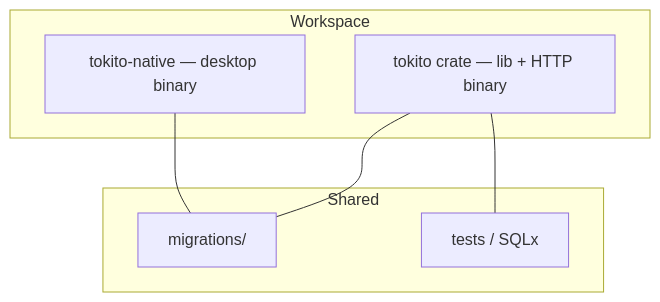
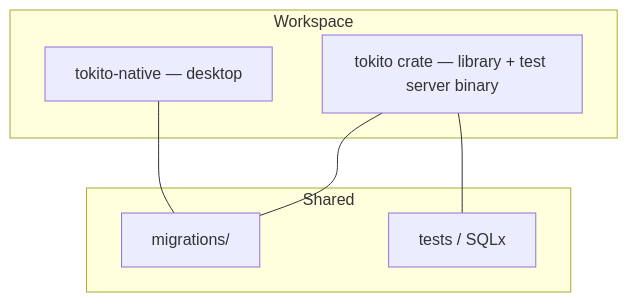
Before and after one commit to Afnanksalal/tokito: the first of 2 diagrams in CONTRIBUTING.md, drawn with Mermaid. The commit also changed other lines of this file and 19 other files, not shown here.

````diff
--- a/CONTRIBUTING.md
+++ b/CONTRIBUTING.md
@@ -10,14 +10,14 @@
 ```mermaid
 flowchart TB
   subgraph workspace[Workspace]
-    C[tokito crate — lib + HTTP binary]
-    N[tokito-native — desktop binary]
+    C[tokito crate — library + test server binary]
+    N[tokito-native — desktop]
   end
   subgraph shared[Shared]
     M[migrations/]
     T[tests / SQLx]
   end
   C --- M
   N --- M
   C --- T
 ```
````
